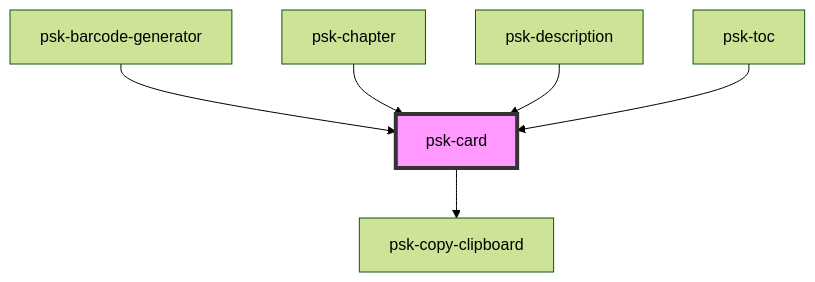
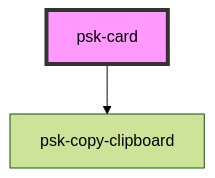
One commit to webcardinal/cardinal-core changed the diagram in src/components/psk-card/readme.md. Above: the diagram before and after it, drawn with Mermaid (forest theme). The commit also changed other lines of this file and 27 other files, not shown here.

````diff
--- a/src/components/psk-card/readme.md
+++ b/src/components/psk-card/readme.md
@@ -30,9 +23,5 @@
 ```mermaid
 graph TD;
   psk-card --> psk-copy-clipboard
-  psk-barcode-generator --> psk-card
-  psk-chapter --> psk-card
-  psk-description --> psk-card
-  psk-toc --> psk-card
   style psk-card fill:#f9f,stroke:#333,stroke-width:4px
 ```
````
